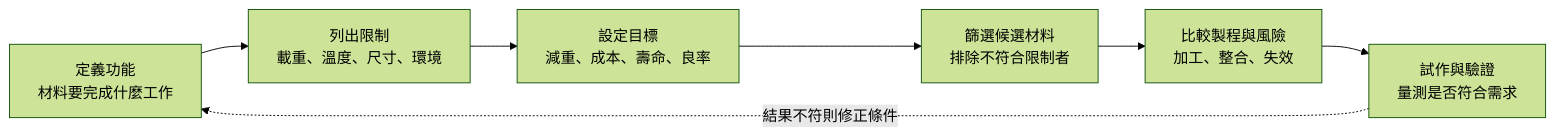
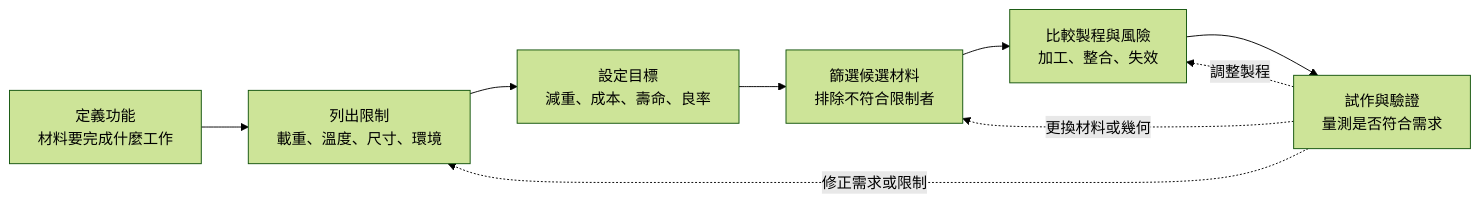
The diagram in 01-materials-science/02-material-properties-and-selection.md (RocketWill/semiconductor-inspection-knowledge), drawn with Mermaid (forest theme) before and after one commit. The commit also changed other lines of this file, not shown here.

````diff
--- a/01-materials-science/02-material-properties-and-selection.md
+++ b/01-materials-science/02-material-properties-and-selection.md
@@ -95,9 +103,11 @@
 ```mermaid
 flowchart LR
     A["定義功能<br/>材料要完成什麼工作"] --> B["列出限制<br/>載重、溫度、尺寸、環境"]
     B --> C["設定目標<br/>減重、成本、壽命、良率"]
     C --> D["篩選候選材料<br/>排除不符合限制者"]
     D --> E["比較製程與風險<br/>加工、整合、失效"]
     E --> F["試作與驗證<br/>量測是否符合需求"]
-    F -. "結果不符則修正條件" .-> A
+    F -. "修正需求或限制" .-> B
+    F -. "更換材料或幾何" .-> D
+    F -. "調整製程" .-> E
 ```
````
